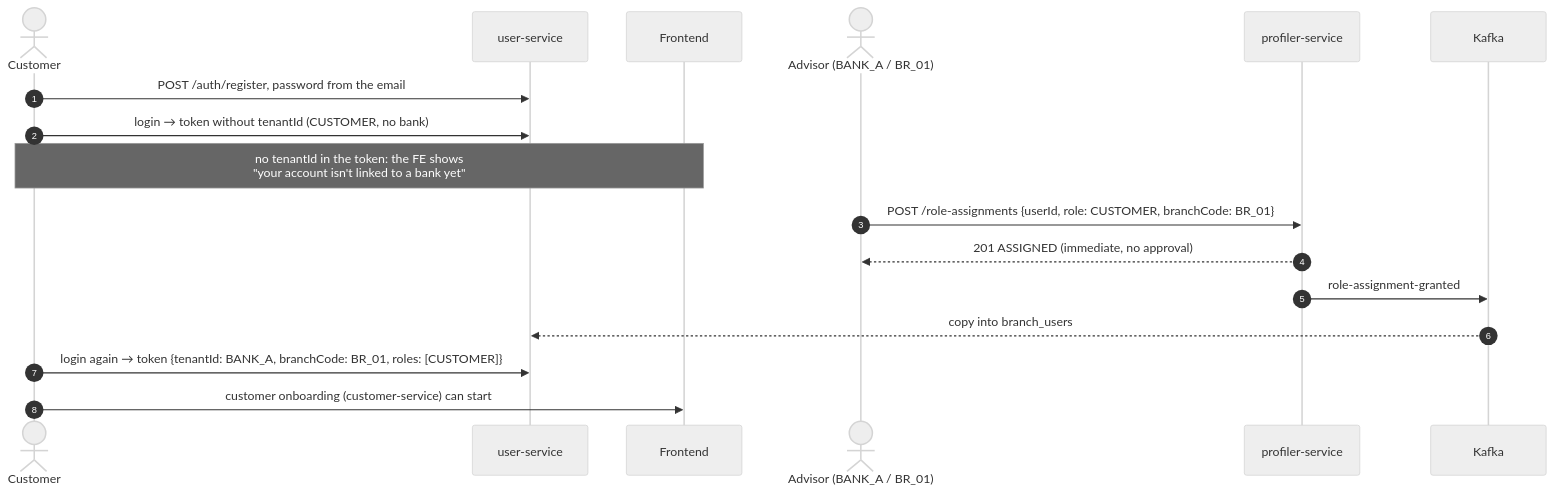
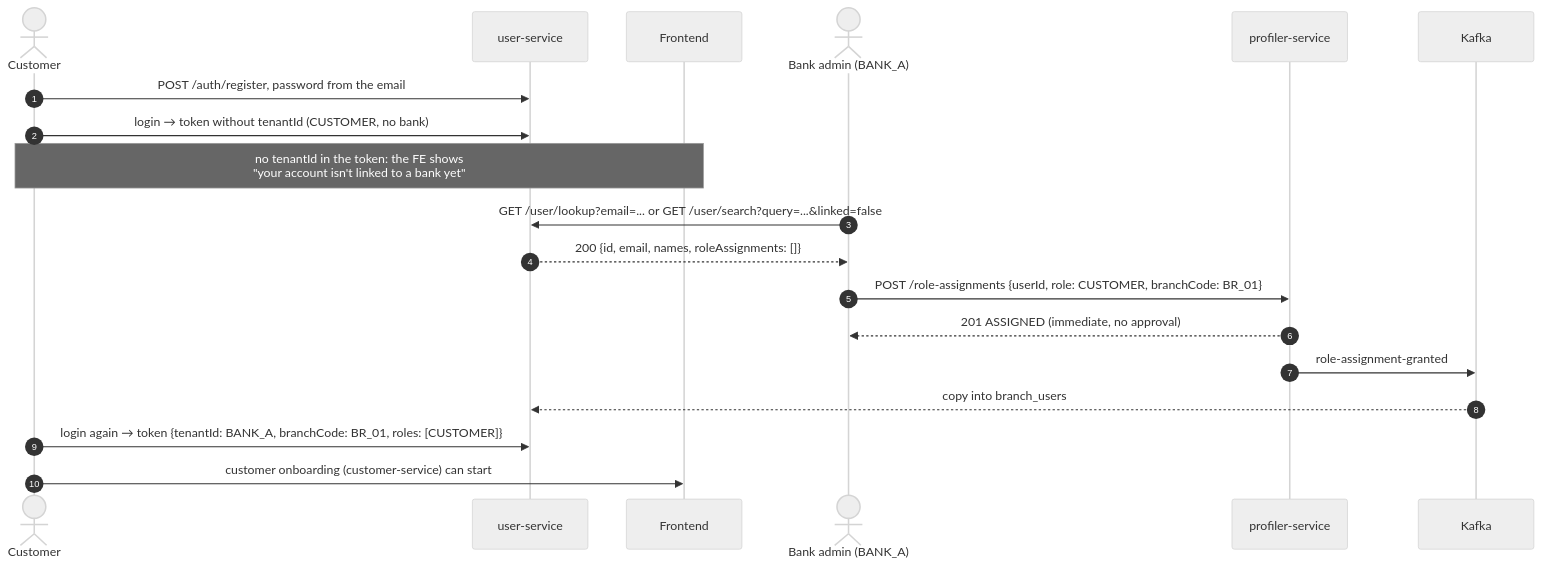
One commit to RaffSStein/Wealth-Management-Platform-BE changed the fourth of 5 diagrams in docs/domain/process/platform/first-platform-run.md. Above: the diagram before and after it, drawn with Mermaid (neutral theme). The commit also changed other lines of this file and 1 other file, not shown here.

Commit message:
docs: document user lookup, bank lists and admin-led customer linking

````diff
--- a/docs/domain/process/platform/first-platform-run.md
+++ b/docs/domain/process/platform/first-platform-run.md
@@ -176,20 +181,22 @@
 ```mermaid
 sequenceDiagram
     autonumber
     actor C as Customer
     participant US as user-service
     participant FE as Frontend
-    actor A as Advisor (BANK_A / BR_01)
+    actor BA as Bank admin (BANK_A)
     participant PS as profiler-service
     participant K as Kafka
 
     C->>US: POST /auth/register, password from the email
     C->>US: login → token without tenantId (CUSTOMER, no bank)
     Note over C,FE: no tenantId in the token: the FE shows<br/>"your account isn't linked to a bank yet"
-    A->>PS: POST /role-assignments {userId, role: CUSTOMER, branchCode: BR_01}
-    PS-->>A: 201 ASSIGNED (immediate, no approval)
+    BA->>US: GET /user/lookup?email=... or GET /user/search?query=...&linked=false
+    US-->>BA: 200 {id, email, names, roleAssignments: []}
+    BA->>PS: POST /role-assignments {userId, role: CUSTOMER, branchCode: BR_01}
+    PS-->>BA: 201 ASSIGNED (immediate, no approval)
     PS->>K: role-assignment-granted
     K-->>US: copy into branch_users
     C->>US: login again → token {tenantId: BANK_A, branchCode: BR_01, roles: [CUSTOMER]}
     C->>FE: customer onboarding (customer-service) can start
 ```
````
